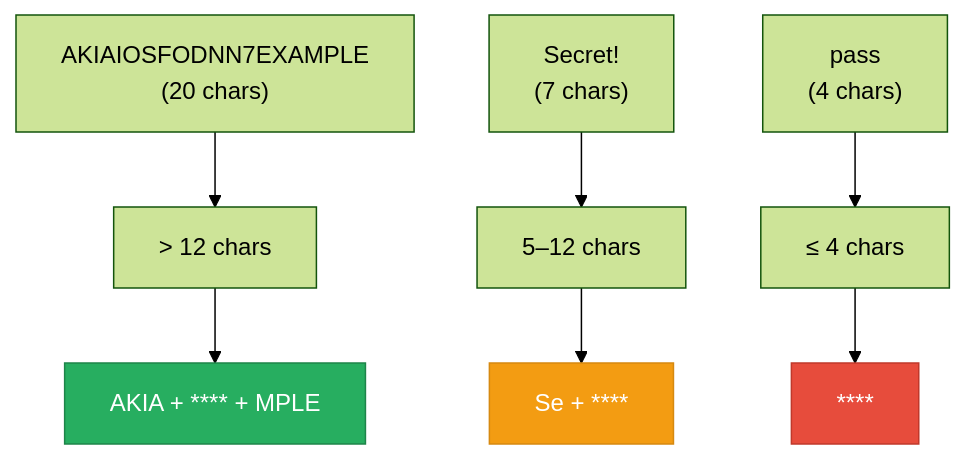
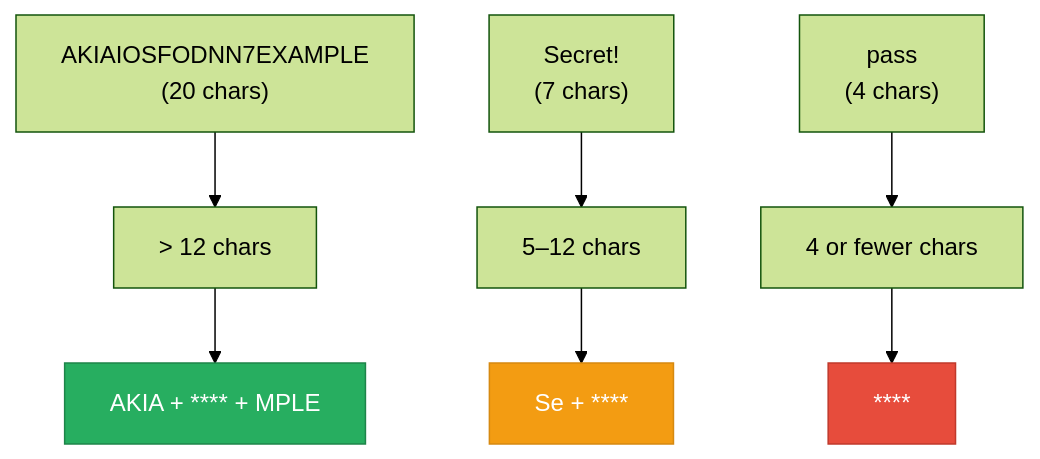
Before and after one commit to svemulapati/CredVigil: the eighth of 41 diagrams in docs/training/02-secure-hashing-metadata-pipeline.md, drawn with Mermaid (forest theme). The commit also changed other lines of this file, not shown here.

````diff
--- a/docs/training/02-secure-hashing-metadata-pipeline.md
+++ b/docs/training/02-secure-hashing-metadata-pipeline.md
@@ -180,12 +330,12 @@
 ```mermaid
 flowchart TD
     A["AKIAIOSFODNN7EXAMPLE\n(20 chars)"] --> B["> 12 chars"]
     B --> C["AKIA + **** + MPLE"]
     D["Secret!\n(7 chars)"] --> E["5–12 chars"]
     E --> F["Se + ****"]
-    G["pass\n(4 chars)"] --> H["≤ 4 chars"]
+    G["pass\n(4 chars)"] --> H["4 or fewer chars"]
     H --> I["****"]
     style C fill:#27AE60,stroke:#1E8449,color:#fff
     style F fill:#F39C12,stroke:#D68910,color:#fff
     style I fill:#E74C3C,stroke:#C0392B,color:#fff
 ```
````
